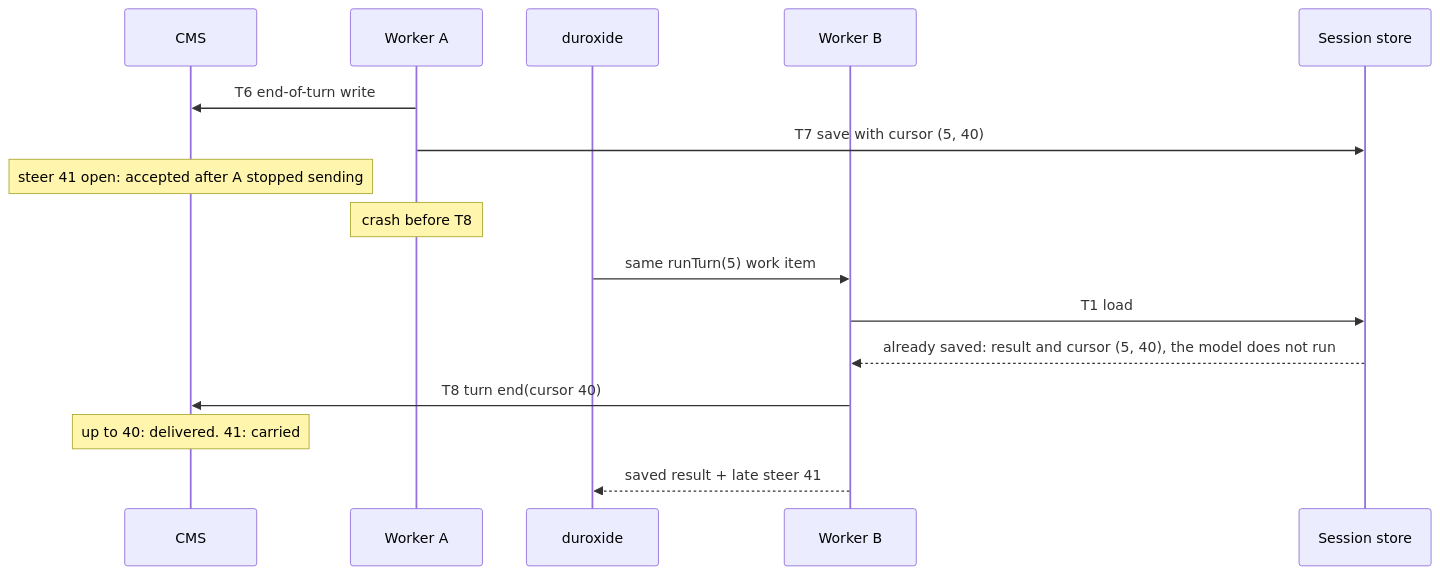
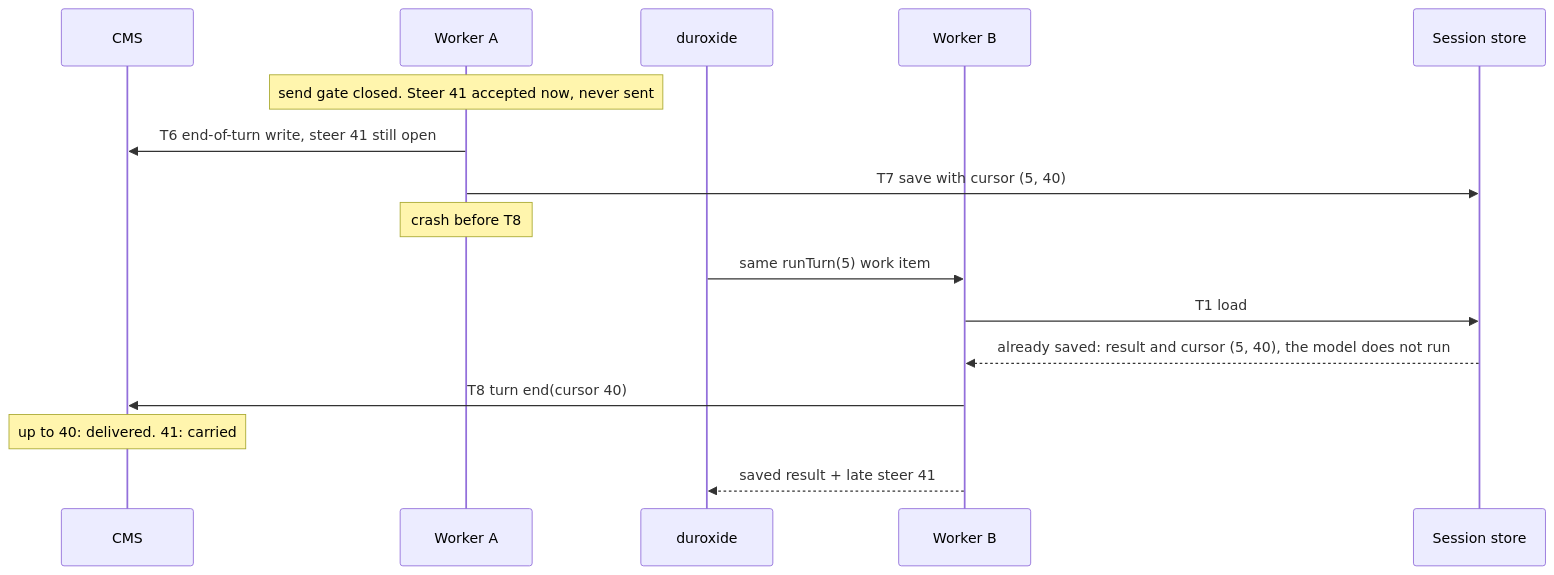
One commit to microsoft/PilotSwarm changed the eighth of 13 diagrams in docs/proposals/session-turn-control.md. Above: the diagram before and after it, drawn with Mermaid. The commit also changed other lines of this file, not shown here.

Commit message:
docs(turn-control): revision 6 after A5 and A6 (as built)

````diff
--- a/docs/proposals/session-turn-control.md
+++ b/docs/proposals/session-turn-control.md
@@ -423,18 +438,18 @@
 ```mermaid
 sequenceDiagram
     participant DB as CMS
     participant A as Worker A
     participant X as duroxide
     participant B as Worker B
     participant S as Session store
-    A->>DB: T6 end-of-turn write
+    Note over A: send gate closed. Steer 41 accepted now, never sent
+    A->>DB: T6 end-of-turn write, steer 41 still open
     A->>S: T7 save with cursor (5, 40)
-    Note over DB: steer 41 open: accepted after A stopped sending
     Note over A: crash before T8
     X->>B: same runTurn(5) work item
     B->>S: T1 load
     S-->>B: already saved: result and cursor (5, 40), the model does not run
     B->>DB: T8 turn end(cursor 40)
     Note over DB: up to 40: delivered. 41: carried
     B-->>X: saved result + late steer 41
 ```
````
